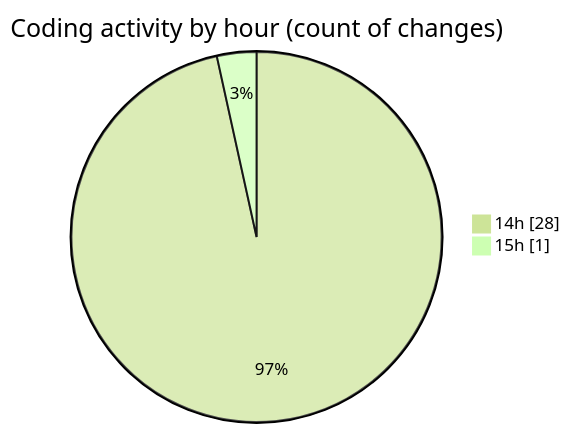
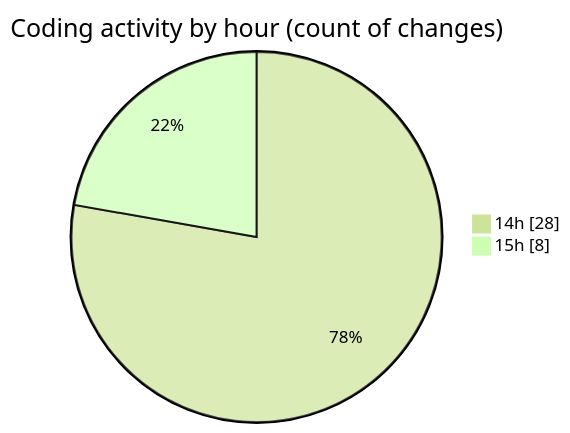
Before and after one commit to momahboobian/code-tracking: the second of 2 diagrams in 2025-03-02/cda/README.md, drawn with Mermaid (forest theme). The commit also changed other lines of this file and 1 other file, not shown here.

````diff
--- a/2025-03-02/cda/README.md
+++ b/2025-03-02/cda/README.md
@@ -29,6 +29,6 @@
 ```mermaid
 pie showData
 title Coding activity by hour (count of changes)
 "14h" : 28
-"15h" : 1
+"15h" : 8
 ```
````
